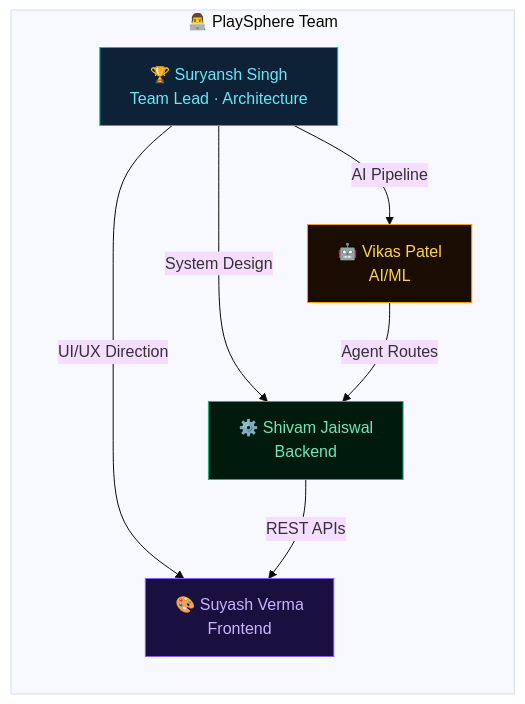
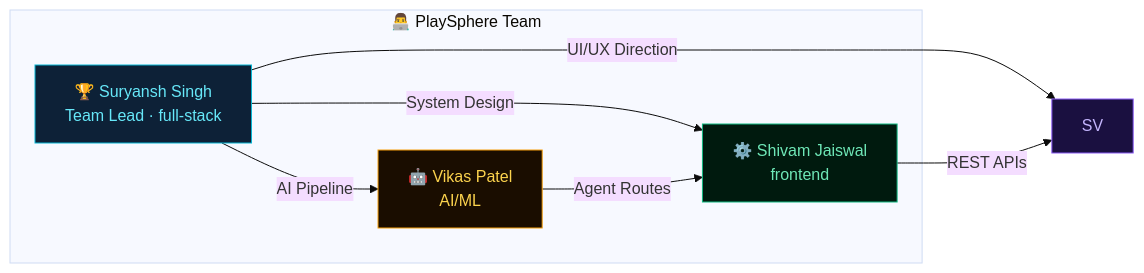
One commit to Shivam5802/PlaySphere-AI changed diagram 13 of 14 in README.md. Above: the diagram before and after it, drawn with Mermaid (base theme). The commit also changed other lines of this file and 39 other files, not shown here.

````diff
--- a/README.md
+++ b/README.md
@@ -917,20 +855,19 @@
 ```mermaid
 graph LR
 subgraph Team["👨‍💻 PlaySphere Team"]
-SS["🏆 Suryansh Singh<br/>Team Lead · Architecture"]
-SJ["⚙️ Shivam Jaiswal<br/>Backend"]
-SV["🎨 Suyash Verma<br/>Frontend"]
+SS["🏆 Suryansh Singh<br/>Team Lead · full-stack"]
+SJ["⚙️ Shivam Jaiswal<br/>frontend"]
 VP["🤖 Vikas Patel<br/>AI/ML"]
 end
 
 SS -->|"System Design"| SJ
 SS -->|"UI/UX Direction"| SV
 SS -->|"AI Pipeline"| VP
 SJ -->|"REST APIs"| SV
 VP -->|"Agent Routes"| SJ
 
 style SS fill:#0d2137,stroke:#06b6d4,color:#67e8f9
 style SJ fill:#001a0e,stroke:#10b981,color:#6ee7b7
 style SV fill:#1a1040,stroke:#8b5cf6,color:#c4b5fd
 style VP fill:#1a0d00,stroke:#f59e0b,color:#fcd34d
 ```
````
